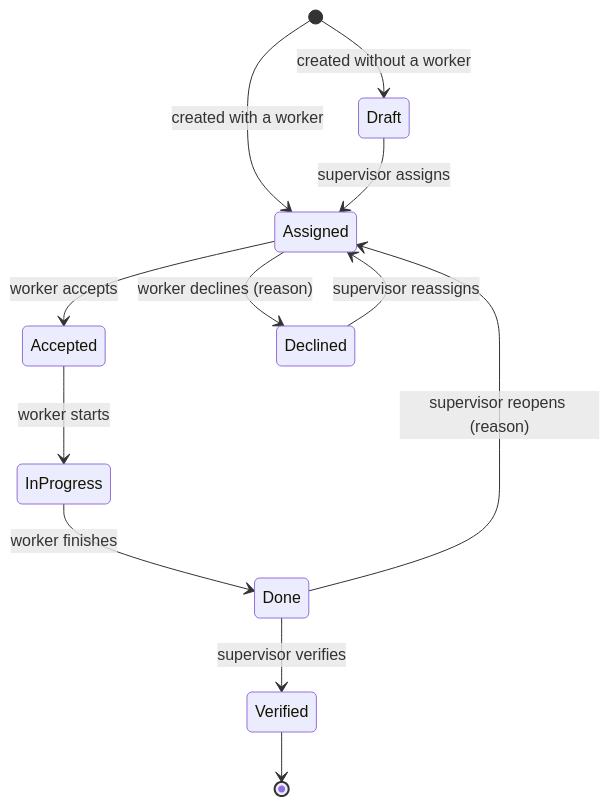
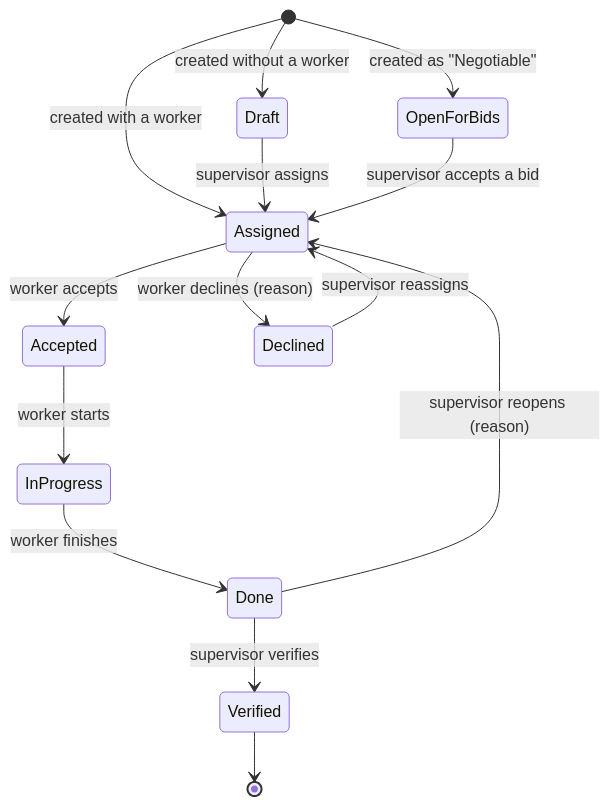
The diagram in docs/user-guide/job-lifecycle.md (srnux/domar), drawn with Mermaid before and after one commit. The commit also changed other lines of this file and 25 other files, not shown here.

````diff
--- a/docs/user-guide/job-lifecycle.md
+++ b/docs/user-guide/job-lifecycle.md
@@ -8,14 +8,16 @@
 ```mermaid
 stateDiagram-v2
     [*] --> Draft: created without a worker
     [*] --> Assigned: created with a worker
+    [*] --> OpenForBids: created as "Negotiable"
     Draft --> Assigned: supervisor assigns
+    OpenForBids --> Assigned: supervisor accepts a bid
     Assigned --> Accepted: worker accepts
     Assigned --> Declined: worker declines (reason)
     Declined --> Assigned: supervisor reassigns
     Accepted --> InProgress: worker starts
     InProgress --> Done: worker finishes
     Done --> Verified: supervisor verifies
     Done --> Assigned: supervisor reopens (reason)
     Verified --> [*]
 ```
````
